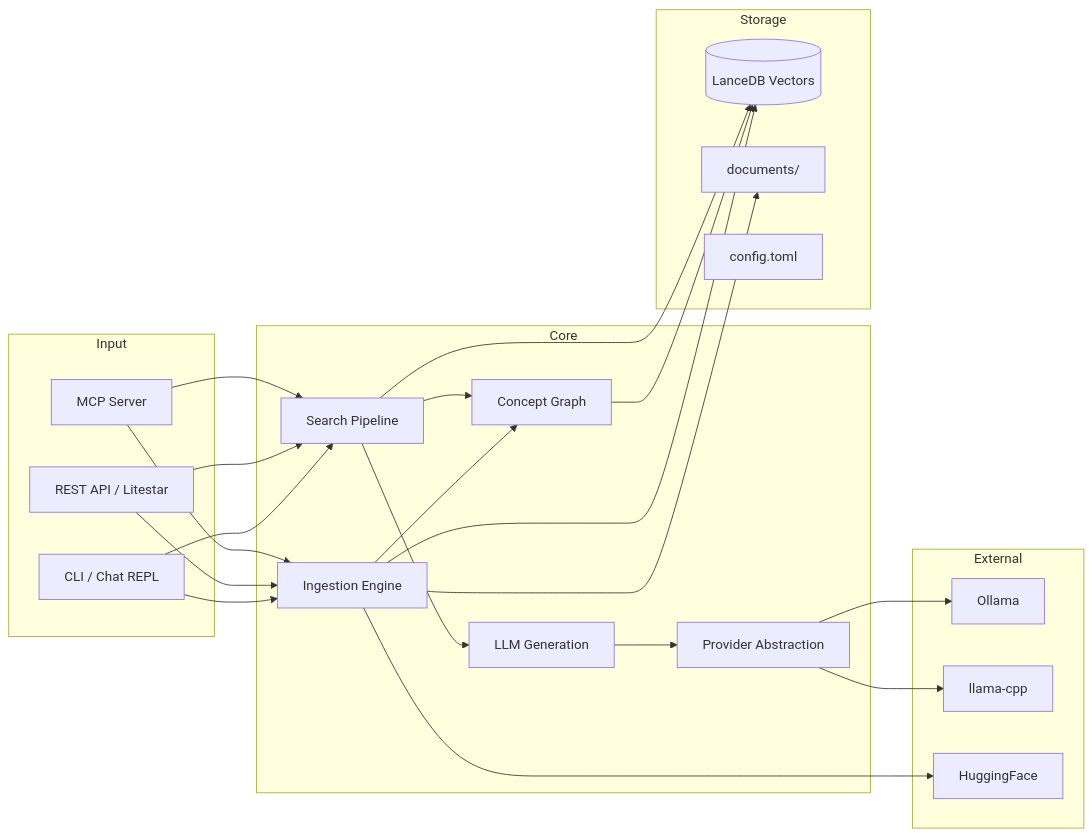
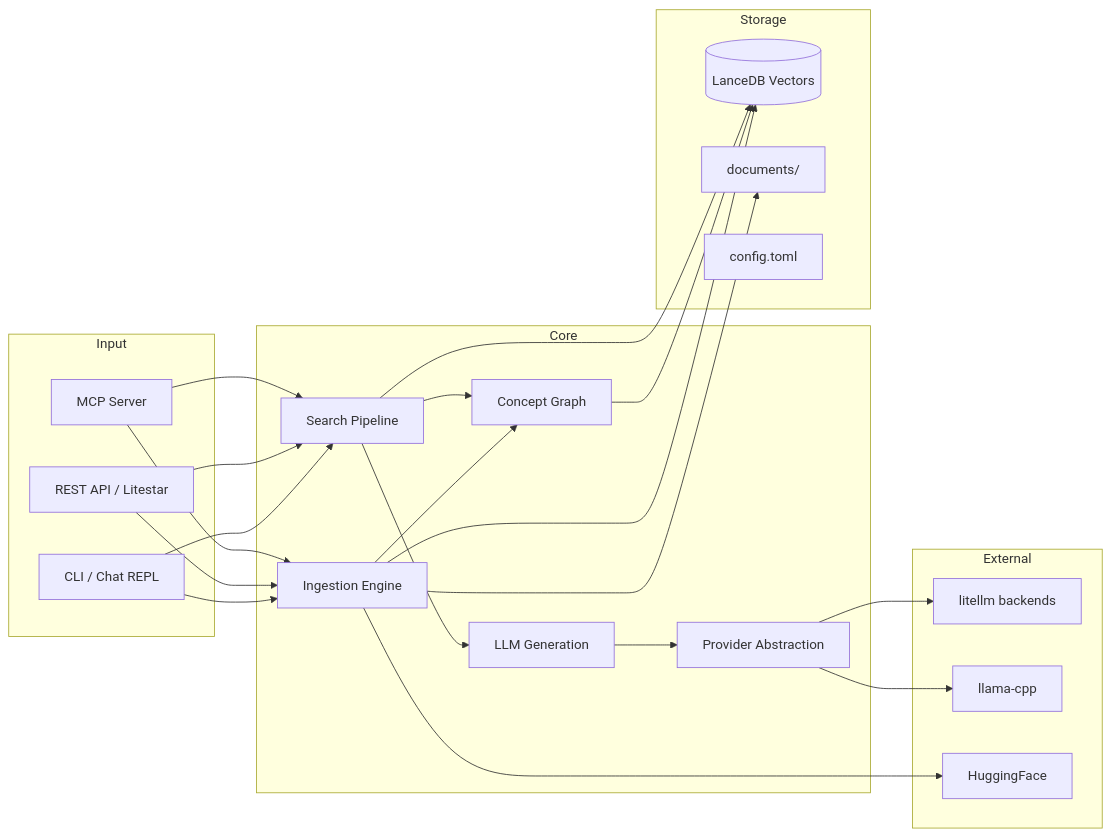
One commit to tobocop2/lilbee changed the first of 3 diagrams in docs/architecture.md. Above: the diagram before and after it, drawn with Mermaid. The commit also changed other lines of this file and 32 other files, not shown here.

First line of the commit message:
refactor: make llama-cpp core, litellm optional

````diff
--- a/docs/architecture.md
+++ b/docs/architecture.md
@@ -15,42 +15,42 @@
 ```mermaid
 flowchart LR
     subgraph Input
         CLI[CLI / Chat REPL]
         API[REST API / Litestar]
         MCP[MCP Server]
     end
 
     subgraph Core
         INGEST[Ingestion Engine]
         CONCEPT[Concept Graph]
         SEARCH[Search Pipeline]
         GEN[LLM Generation]
         PROV[Provider Abstraction]
     end
 
     subgraph Storage
         LANCE[(LanceDB Vectors)]
         DOCS[documents/]
         CONF[config.toml]
     end
 
     subgraph External
-        OLLAMA[Ollama]
+        LITELLM[litellm backends]
         LLAMA[llama-cpp]
         HF[HuggingFace]
     end
 
     CLI --> SEARCH & INGEST
     API --> SEARCH & INGEST
     MCP --> SEARCH & INGEST
 
     INGEST --> LANCE & DOCS
     INGEST --> CONCEPT
     CONCEPT --> LANCE
     SEARCH --> LANCE
     SEARCH --> CONCEPT
     SEARCH --> GEN
     GEN --> PROV
-    PROV --> OLLAMA & LLAMA
+    PROV --> LITELLM & LLAMA
     INGEST --> HF
 ```
````
